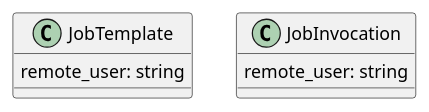
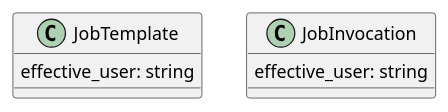
One commit to theforeman/foreman_remote_execution changed diagram 12 of 12 in doc/source/design/index.md. Above: the diagram before and after it, drawn with PlantUML. The commit also changed other lines of this file, not shown here.

Commit message:
Improve security design and rename remote user to effective user

```diff
--- a/doc/source/design/index.md
+++ b/doc/source/design/index.md
@@ -1050,11 +1062,11 @@
 {% plantuml %}
 
 class JobTemplate {
-  remote_user: string
+  effective_user: string
 }
 
 class JobInvocation {
-  remote_user: string
+  effective_user: string
 }
 
 {% endplantuml %}
```
